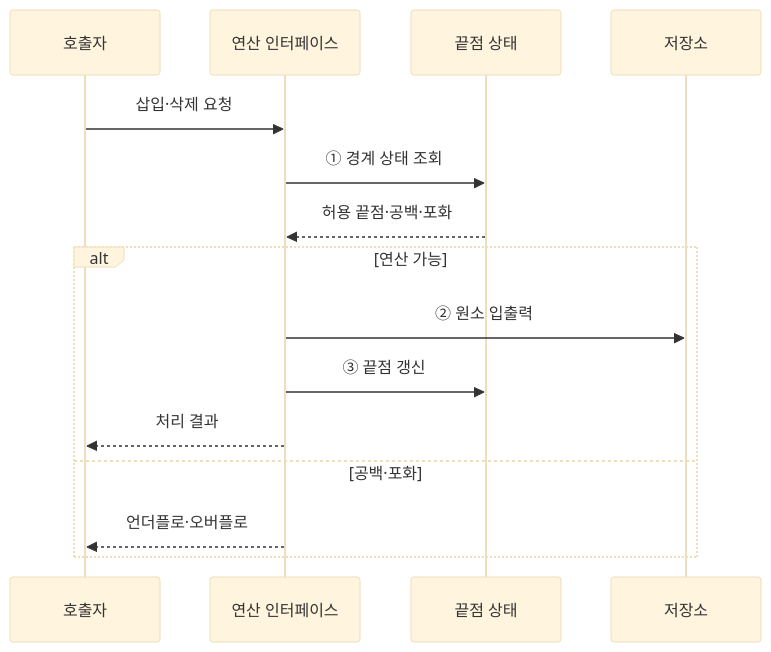
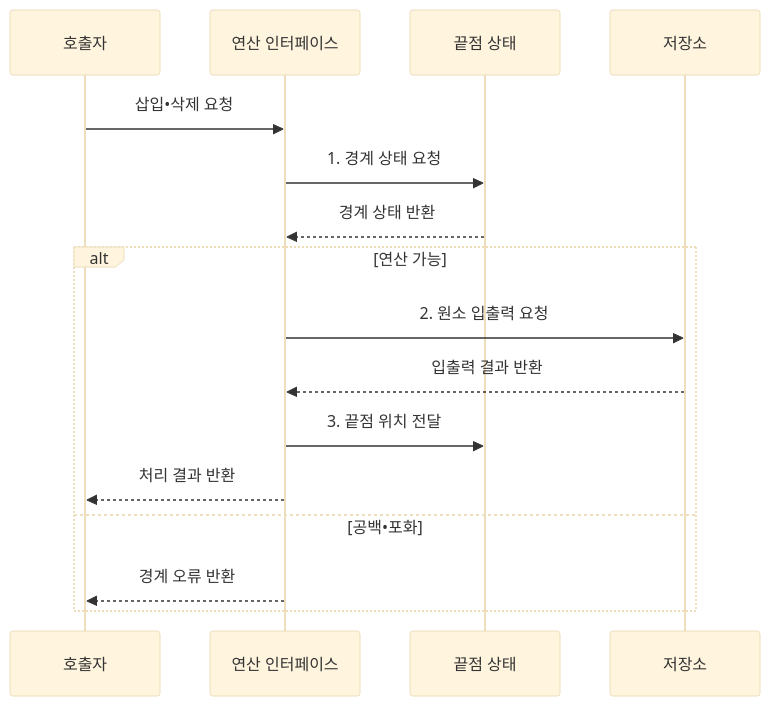
Before and after one commit to agnusdei1207/knowledge-base: the second of 3 diagrams in src/content/docs/notes/01-basic-theory/007_stack_queue_deque.md, drawn with Mermaid (base theme). The commit also changed other lines of this file and 20 other files, not shown here.

````diff
--- a/src/content/docs/notes/01-basic-theory/007_stack_queue_deque.md
+++ b/src/content/docs/notes/01-basic-theory/007_stack_queue_deque.md
@@ -80,17 +76,18 @@
 ```mermaid
 sequenceDiagram
     participant Q as 호출자
     participant I as 연산 인터페이스
     participant E as 끝점 상태
     participant S as 저장소
-    Q->>I: 삽입·삭제 요청
-    I->>E: ① 경계 상태 조회
-    E-->>I: 허용 끝점·공백·포화
+    Q->>I: 삽입•삭제 요청
+    I->>E: 1. 경계 상태 요청
+    E-->>I: 경계 상태 반환
     alt 연산 가능
-        I->>S: ② 원소 입출력
-        I->>E: ③ 끝점 갱신
-        I-->>Q: 처리 결과
-    else 공백·포화
-        I-->>Q: 언더플로·오버플로
+        I->>S: 2. 원소 입출력 요청
+        S-->>I: 입출력 결과 반환
+        I->>E: 3. 끝점 위치 전달
+        I-->>Q: 처리 결과 반환
+    else 공백•포화
+        I-->>Q: 경계 오류 반환
     end
 ```
````
